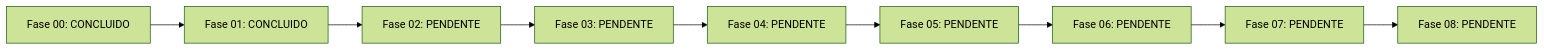
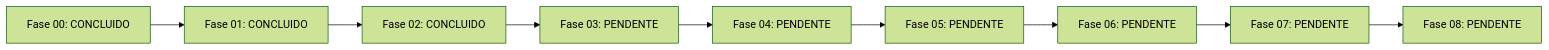
The diagram in JORNADA_IMPLEMENTACAO.md (jhsfhtls/semantic-bi-nl2sql-gateway), drawn with Mermaid (forest theme) before and after one commit. The commit also changed other lines of this file and 28 other files, not shown here.

````diff
--- a/JORNADA_IMPLEMENTACAO.md
+++ b/JORNADA_IMPLEMENTACAO.md
@@ -19,20 +19,20 @@
 ```mermaid
 flowchart LR
     F00["Fase 00: CONCLUIDO"]
     F01["Fase 01: CONCLUIDO"]
     F00 --> F01
-    F02["Fase 02: PENDENTE"]
+    F02["Fase 02: CONCLUIDO"]
     F01 --> F02
     F03["Fase 03: PENDENTE"]
     F02 --> F03
     F04["Fase 04: PENDENTE"]
     F03 --> F04
     F05["Fase 05: PENDENTE"]
     F04 --> F05
     F06["Fase 06: PENDENTE"]
     F05 --> F06
     F07["Fase 07: PENDENTE"]
     F06 --> F07
     F08["Fase 08: PENDENTE"]
     F07 --> F08
 ```
````
